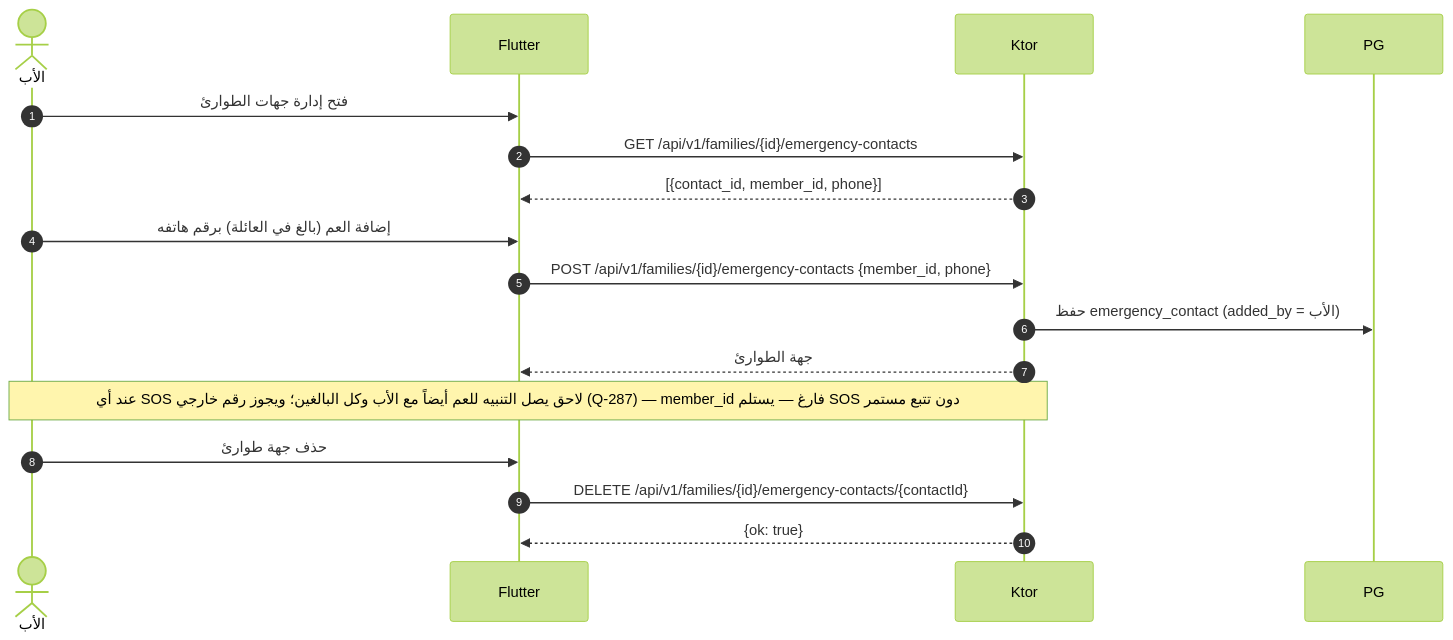
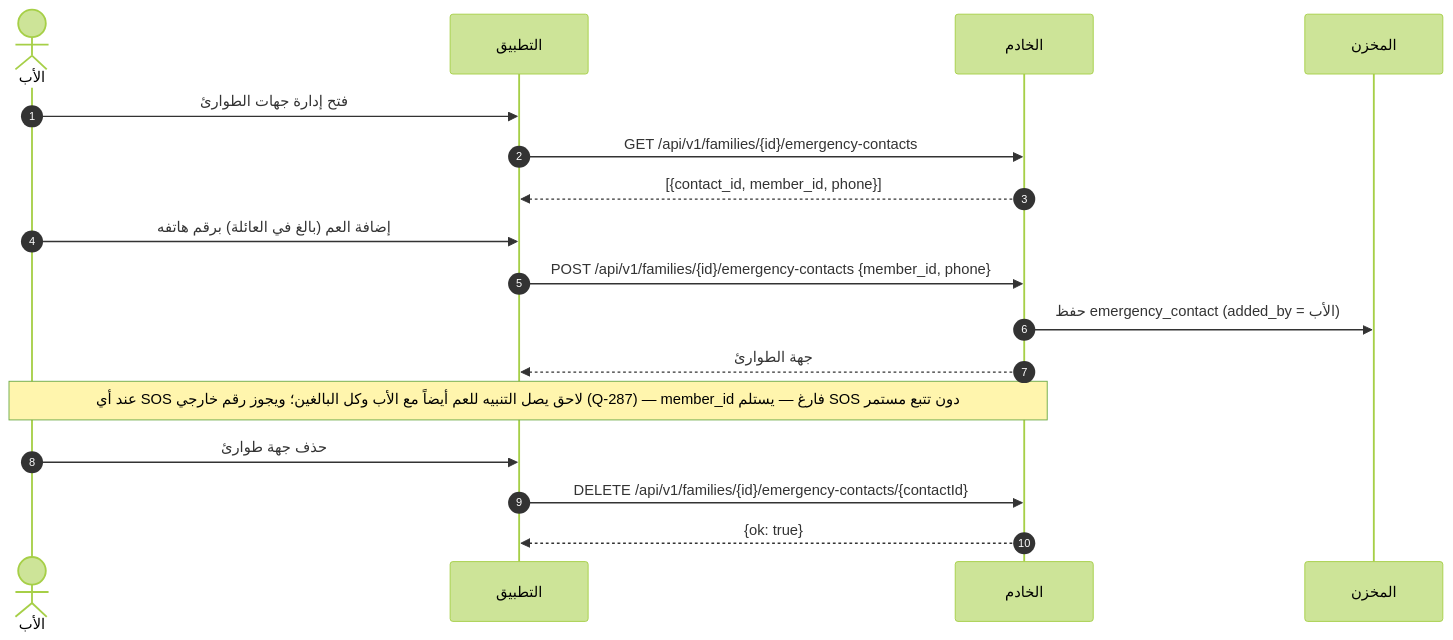
The eighth of 13 diagrams in docs/family-os/governance/phases/phase-1/S1-07-location-basic/DIAGRAMS.md (Bassam-mohammed-alqaeadi/family-os-v2), drawn with Mermaid (forest theme) before and after one commit. The commit also changed other lines of this file and 2 other files, not shown here.

First line of the commit message:
R2-CI-05 (P3): فحص Mermaid يتحقق من اتجاه إعلان المشاركين (R5-1) + قلب 26 إعلاناً معكوساً

````diff
--- a/docs/family-os/governance/phases/phase-1/S1-07-location-basic/DIAGRAMS.md
+++ b/docs/family-os/governance/phases/phase-1/S1-07-location-basic/DIAGRAMS.md
@@ -328,19 +328,19 @@
 ```mermaid
 sequenceDiagram
     autonumber
     actor Father as الأب
-    participant التطبيق as Flutter
-    participant الخادم as Ktor
-    participant المخزن as PG
-    Father->>التطبيق: فتح إدارة جهات الطوارئ
-    التطبيق->>الخادم: GET /api/v1/families/{id}/emergency-contacts
-    الخادم-->>التطبيق: [{contact_id, member_id, phone}]
-    Father->>التطبيق: إضافة العم (بالغ في العائلة) برقم هاتفه
-    التطبيق->>الخادم: POST /api/v1/families/{id}/emergency-contacts {member_id, phone}
-    الخادم->>المخزن: حفظ emergency_contact (added_by = الأب)
-    الخادم-->>التطبيق: جهة الطوارئ
-    Note over Father,الخادم: عند أي SOS لاحق يصل التنبيه للعم أيضاً مع الأب وكل البالغين؛ ويجوز رقم خارجي (Q-287) — member_id فارغ — يستلم SOS دون تتبع مستمر
-    Father->>التطبيق: حذف جهة طوارئ
-    التطبيق->>الخادم: DELETE /api/v1/families/{id}/emergency-contacts/{contactId}
-    الخادم-->>التطبيق: {ok: true}
+    participant Flutter as التطبيق
+    participant Ktor as الخادم
+    participant PG as المخزن
+    Father->>Flutter: فتح إدارة جهات الطوارئ
+    Flutter->>Ktor: GET /api/v1/families/{id}/emergency-contacts
+    Ktor-->>Flutter: [{contact_id, member_id, phone}]
+    Father->>Flutter: إضافة العم (بالغ في العائلة) برقم هاتفه
+    Flutter->>Ktor: POST /api/v1/families/{id}/emergency-contacts {member_id, phone}
+    Ktor->>PG: حفظ emergency_contact (added_by = الأب)
+    Ktor-->>Flutter: جهة الطوارئ
+    Note over Father,Ktor: عند أي SOS لاحق يصل التنبيه للعم أيضاً مع الأب وكل البالغين؛ ويجوز رقم خارجي (Q-287) — member_id فارغ — يستلم SOS دون تتبع مستمر
+    Father->>Flutter: حذف جهة طوارئ
+    Flutter->>Ktor: DELETE /api/v1/families/{id}/emergency-contacts/{contactId}
+    Ktor-->>Flutter: {ok: true}
 ```
````
